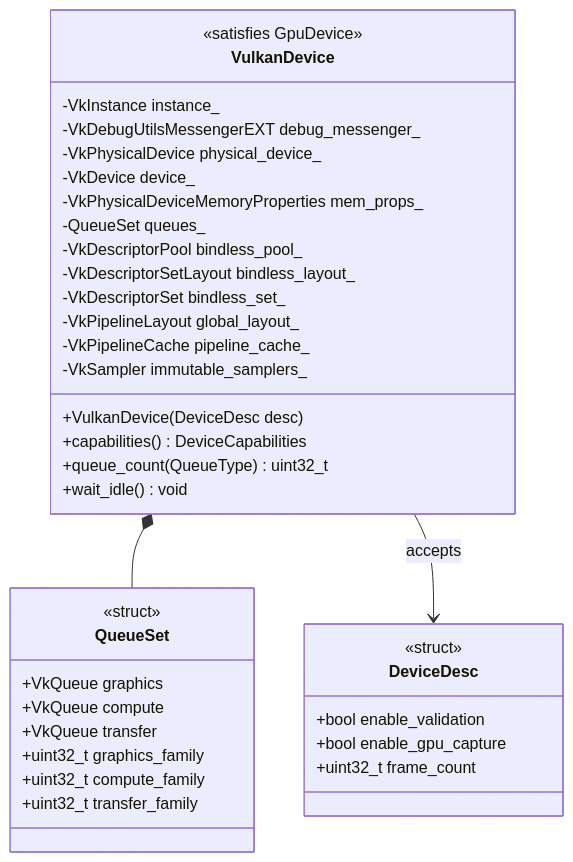
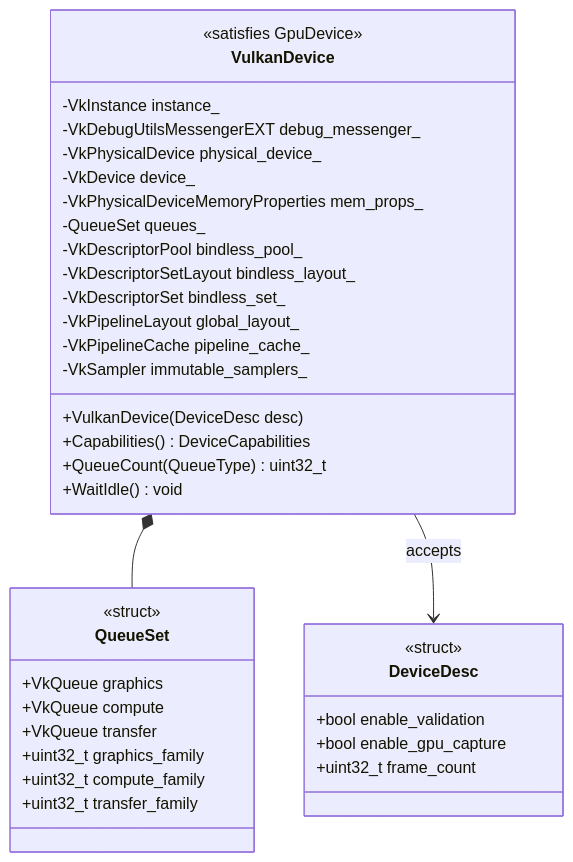
Before and after one commit to harmonius-dev/harmonius: the second of 34 diagrams in docs/design/gpu-backend-vulkan-classes.md, drawn with Mermaid. The commit also changed other lines of this file and 67 other files, not shown here.

````diff
--- a/docs/design/gpu-backend-vulkan-classes.md
+++ b/docs/design/gpu-backend-vulkan-classes.md
@@ -114,40 +114,40 @@
 ```mermaid
 classDiagram
     class VulkanDevice {
         <<satisfies GpuDevice>>
         -VkInstance instance_
         -VkDebugUtilsMessengerEXT debug_messenger_
         -VkPhysicalDevice physical_device_
         -VkDevice device_
         -VkPhysicalDeviceMemoryProperties mem_props_
         -QueueSet queues_
         -VkDescriptorPool bindless_pool_
         -VkDescriptorSetLayout bindless_layout_
         -VkDescriptorSet bindless_set_
         -VkPipelineLayout global_layout_
         -VkPipelineCache pipeline_cache_
         -VkSampler immutable_samplers_
         +VulkanDevice(DeviceDesc desc)
-        +capabilities() DeviceCapabilities
-        +queue_count(QueueType) uint32_t
-        +wait_idle() void
+        +Capabilities() DeviceCapabilities
+        +QueueCount(QueueType) uint32_t
+        +WaitIdle() void
     }
     class QueueSet {
         <<struct>>
         +VkQueue graphics
         +VkQueue compute
         +VkQueue transfer
         +uint32_t graphics_family
         +uint32_t compute_family
         +uint32_t transfer_family
     }
     class DeviceDesc {
         <<struct>>
         +bool enable_validation
         +bool enable_gpu_capture
         +uint32_t frame_count
     }
 
     VulkanDevice *-- QueueSet
     VulkanDevice --> DeviceDesc : accepts
 ```
````
